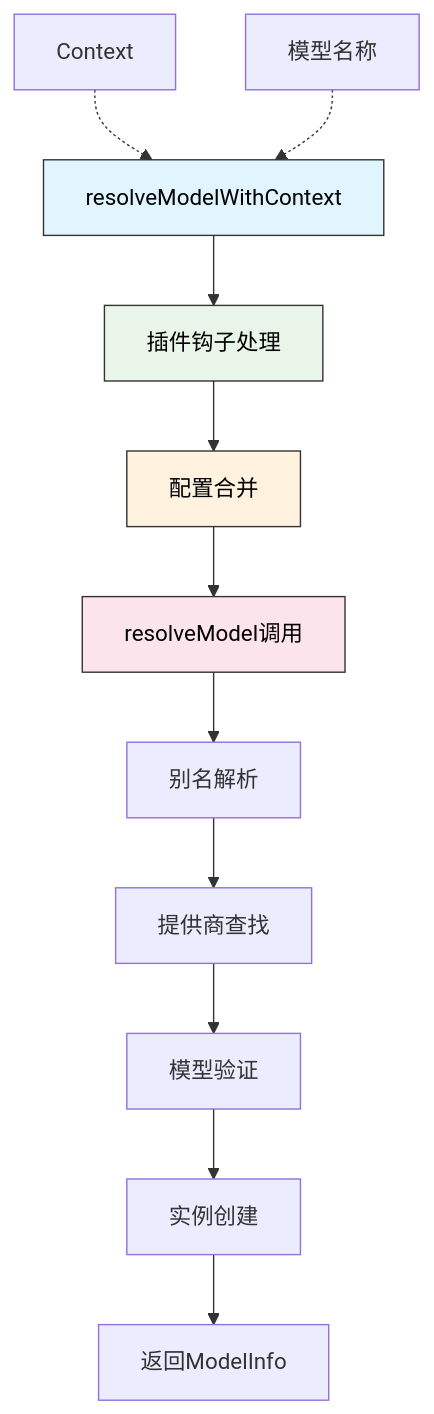
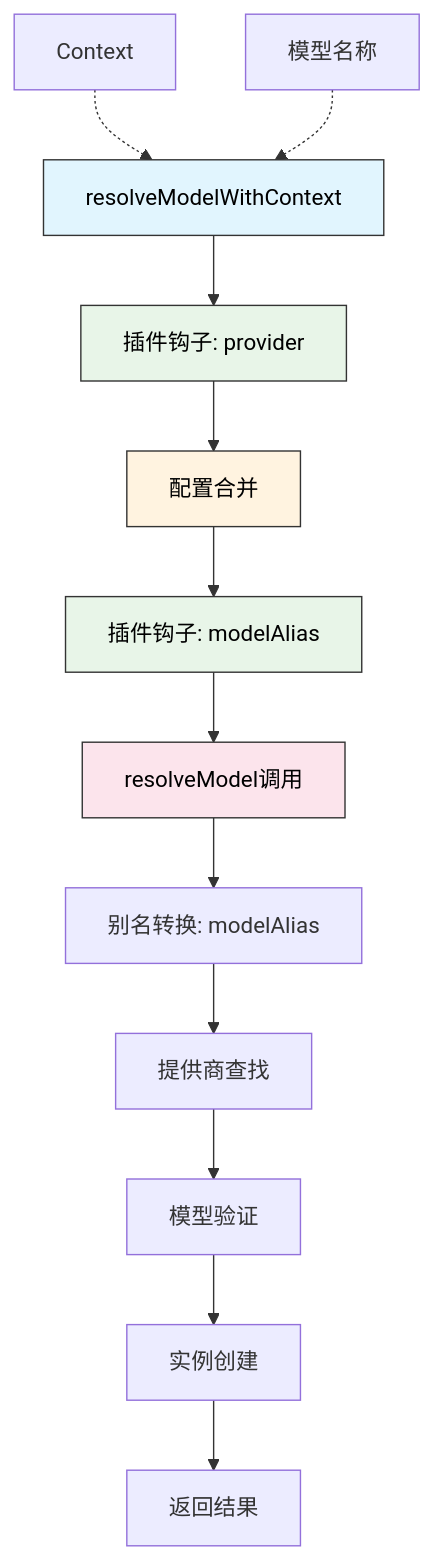
One commit to cloudyan/neovate-code changed the second of 2 diagrams in docs/model-provider-architecture.md. Above: the diagram before and after it, drawn with Mermaid. The commit also changed other lines of this file and 3 other files, not shown here.

Commit message:
docs: add architecture documentation with core modules and data flow diagrams

````diff
--- a/docs/model-provider-architecture.md
+++ b/docs/model-provider-architecture.md
@@ -270,29 +352,31 @@
 ```mermaid
 graph TD
-    A[resolveModelWithContext] --> B[插件钩子处理]
+    A[resolveModelWithContext] --> B[插件钩子: provider]
     B --> C[配置合并]
-    C --> D[resolveModel调用]
-    D --> E[别名解析]
-    E --> F[提供商查找]
-    F --> G[模型验证]
-    G --> H[实例创建]
-    H --> I[返回ModelInfo]
+    C --> D[插件钩子: modelAlias]
+    D --> E[resolveModel调用]
+    E --> F[别名转换: modelAlias]
+    F --> G[提供商查找]
+    G --> H[模型验证]
+    H --> I[实例创建]
+    I --> J[返回结果]
 
-    J[Context] -.-> A
-    K[模型名称] -.-> A
+    K[Context] -.-> A
+    L[模型名称] -.-> A
 
     style A fill:#e1f5fe,color:#000
     style B fill:#e8f5e8,color:#000
     style C fill:#fff3e0,color:#000
-    style D fill:#fce4ec,color:#000
+    style D fill:#e8f5e8,color:#000
+    style E fill:#fce4ec,color:#000
 
     classDef process fill:#e1f5fe,stroke:#333;
     classDef plugin fill:#e8f5e8,stroke:#333;
     classDef config fill:#fff3e0,stroke:#333;
     classDef resolve fill:#fce4ec,stroke:#333;
 
     class A process
-    class B plugin
+    class B,D plugin
     class C config
-    class D resolve
+    class E resolve
 ```
````
